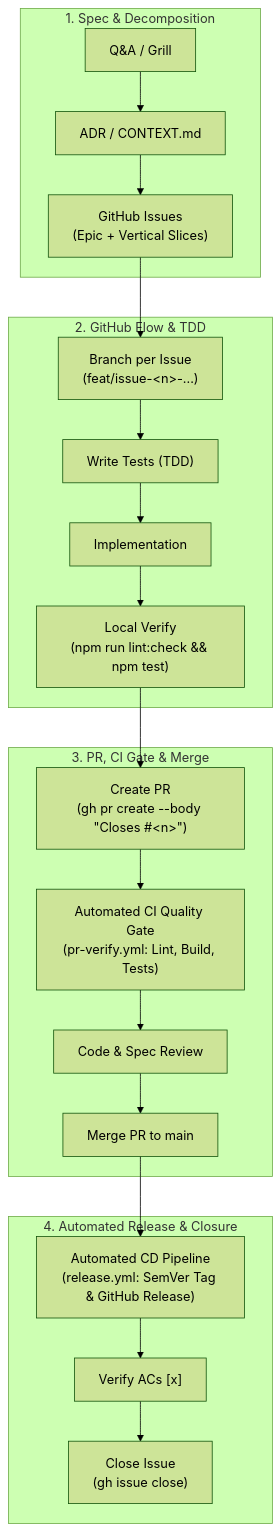
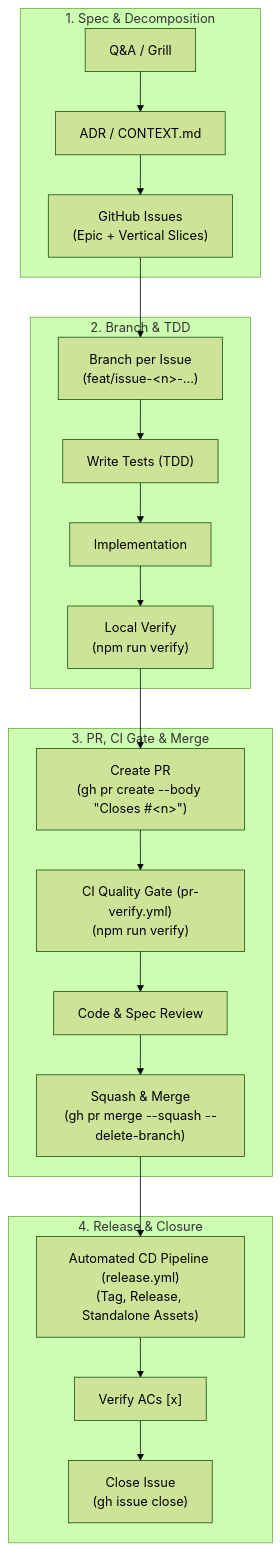
One commit to thanhtrixx/html-standalone-tools changed the diagram in docs/agents/ways-of-working.md. Above: the diagram before and after it, drawn with Mermaid (forest theme). The commit also changed other lines of this file and 5 other files, not shown here.

Commit message:
docs(wow): modernize ways-of-working and streamline quality gate (#269)

````diff
--- a/docs/agents/ways-of-working.md
+++ b/docs/agents/ways-of-working.md
@@ -9,28 +9,28 @@
 ```mermaid
 flowchart TD
     subgraph P1["1. Spec &amp; Decomposition"]
         QA["Q&amp;A / Grill"] --> ADR["ADR / CONTEXT.md"]
         ADR --> Issues["GitHub Issues<br/>(Epic + Vertical Slices)"]
     end
 
-    subgraph P2["2. GitHub Flow &amp; TDD"]
+    subgraph P2["2. Branch &amp; TDD"]
         Branch["Branch per Issue<br/>(feat/issue-&lt;n&gt;-...)"] --> TDD["Write Tests (TDD)"]
         TDD --> Impl["Implementation"]
-        Impl --> LocalVerify["Local Verify<br/>(npm run lint:check &amp;&amp; npm test)"]
+        Impl --> Verify["Local Verify<br/>(npm run verify)"]
     end
 
     subgraph P3["3. PR, CI Gate &amp; Merge"]
-        PR["Create PR<br/>(gh pr create --body &quot;Closes #&lt;n&gt;&quot;)"] --> CIGate["Automated CI Quality Gate<br/>(pr-verify.yml: Lint, Build, Tests)"]
+        PR["Create PR<br/>(gh pr create --body &quot;Closes #&lt;n&gt;&quot;)"] --> CIGate["CI Quality Gate (pr-verify.yml)<br/>(npm run verify)"]
         CIGate --> Review["Code &amp; Spec Review"]
-        Review --> Merge["Merge PR to main"]
+        Review --> Merge["Squash &amp; Merge<br/>(gh pr merge --squash --delete-branch)"]
     end
 
-    subgraph P4["4. Automated Release &amp; Closure"]
-        Merge --> CDRelease["Automated CD Pipeline<br/>(release.yml: SemVer Tag &amp; GitHub Release)"]
+    subgraph P4["4. Release &amp; Closure"]
+        Merge --> CDRelease["Automated CD Pipeline (release.yml)<br/>(Tag, Release, Standalone Assets)"]
         CDRelease --> VerifyAC["Verify ACs [x]"]
         VerifyAC --> Close["Close Issue<br/>(gh issue close)"]
     end
 
     Issues --> Branch
-    LocalVerify --> PR
+    Verify --> PR
 ```
````
